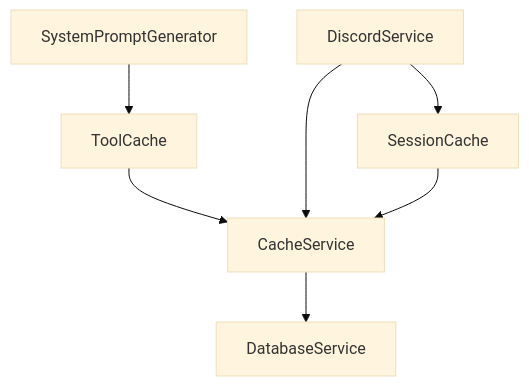
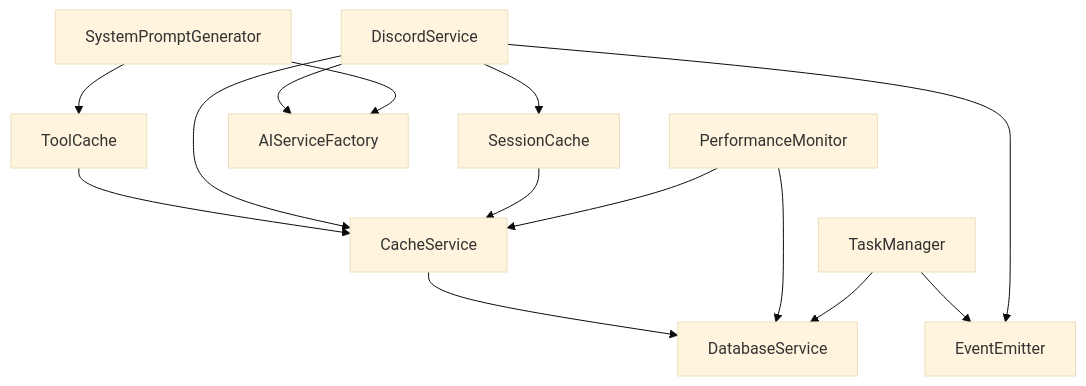
One commit to nydiokar/ai-chat changed the diagram in docs/services-overview.md. Above: the diagram before and after it, drawn with Mermaid (base theme). The commit also changed other lines of this file and 22 other files, not shown here.

````diff
--- a/docs/services-overview.md
+++ b/docs/services-overview.md
@@ -51,9 +68,16 @@
 ```mermaid
 graph TD
     CS[CacheService] --> DB[DatabaseService]
     TC[ToolCache] --> CS
     DS[DiscordService] --> CS
     DS --> SC[SessionCache]
+    DS --> AF[AIServiceFactory]
     SPG[SystemPromptGenerator] --> TC
+    SPG --> AF
     SC --> CS
+    PM[PerformanceMonitor] --> CS
+    PM --> DB
+    TM[TaskManager] --> DB
+    TM --> EE[EventEmitter]
+    DS --> EE
 ```
````
